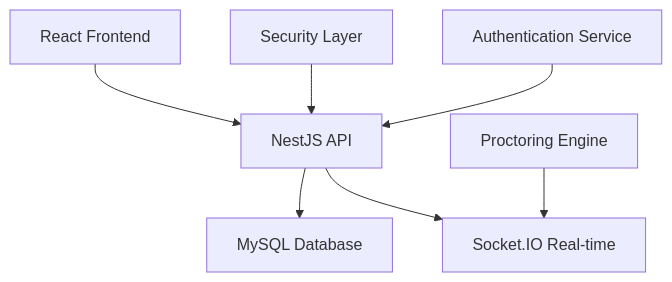
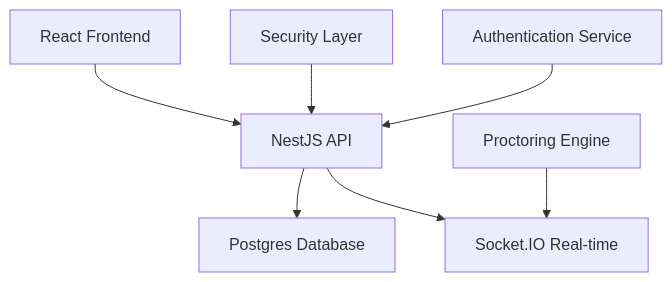
The diagram in README.md (Alpha-Dev001/Smart-Shield-Examination-Platform), drawn with Mermaid before and after one commit.

Commit message:
made changes

````diff
--- a/README.md
+++ b/README.md
@@ -54,9 +54,9 @@
 ```mermaid
 graph TB
     A[React Frontend] --> B[NestJS API]
-    B --> C[MySQL Database]
+    B --> C[Postgres Database]
     B --> D[Socket.IO Real-time]
     E[Proctoring Engine] --> D
     F[Security Layer] --> B
     G[Authentication Service] --> B
 ```
````
